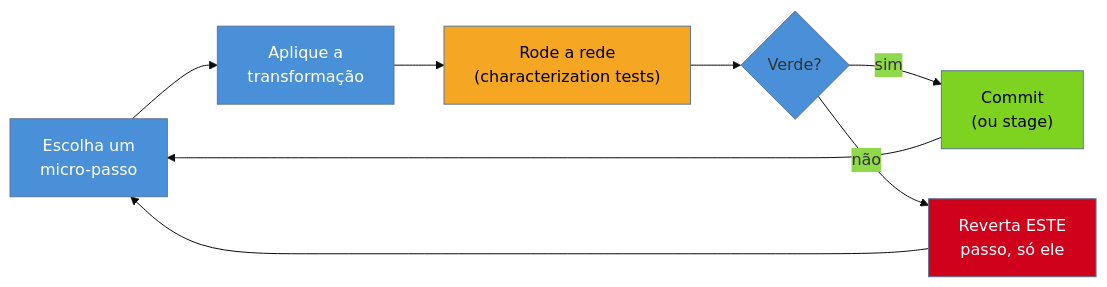
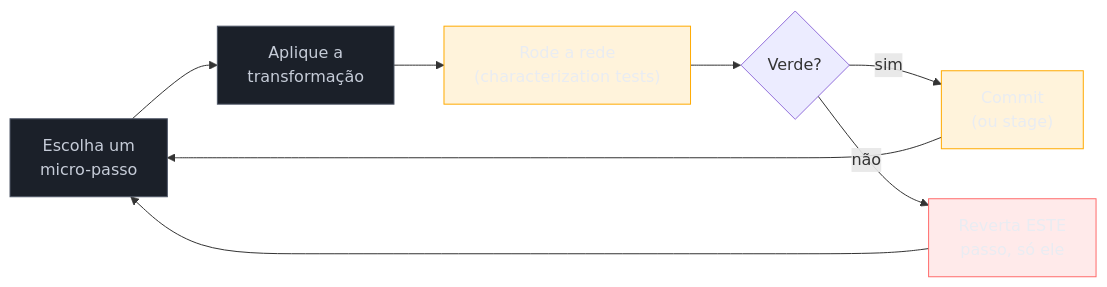
The first of 2 diagrams in 03-Dominios/Engenharia/Arqueologia e Restauração de Software/14 - Refactoring em terreno hostil.md (josenaldo/codex-technomanticus), drawn with Mermaid before and after one commit. The commit also changed other lines of this file and 1181 other files, not shown here.

First line of the commit message:
fix(diagramas): paleta do sistema no lugar de cor cravada no markdown

````diff
--- a/03-Dominios/Engenharia/Arqueologia e Restauração de Software/14 - Refactoring em terreno hostil.md
+++ b/03-Dominios/Engenharia/Arqueologia e Restauração de Software/14 - Refactoring em terreno hostil.md
@@ -36,16 +36,18 @@
 ```mermaid
-%%{init: {"theme": "base", "themeVariables": {"primaryColor": "#4A90D9"}}}%%
 graph LR
+    classDef neutro fill:#1B2029,stroke:#4E5666,color:#C6CCD8
+    classDef destaque fill:#FFAA0024,stroke:#FFAA00,color:#E9ECF2
+    classDef falha fill:#FF6B6B24,stroke:#FF6B6B,color:#E9ECF2
     A["Escolha um<br/>micro-passo"] --> B["Aplique a<br/>transformação"]
     B --> C["Rode a rede<br/>(characterization tests)"]
     C --> D{"Verde?"}
     D -->|"sim"| E["Commit<br/>(ou stage)"]
     D -->|"não"| F["Reverta ESTE<br/>passo, só ele"]
     E --> A
     F --> A
-    style A fill:#4A90D9,color:#fff
-    style B fill:#4A90D9,color:#fff
-    style C fill:#F5A623,color:#000
-    style E fill:#7ED321,color:#000
-    style F fill:#D0021B,color:#fff
+    class A neutro
+    class B neutro
+    class C destaque
+    class E destaque
+    class F falha
 ```
````
